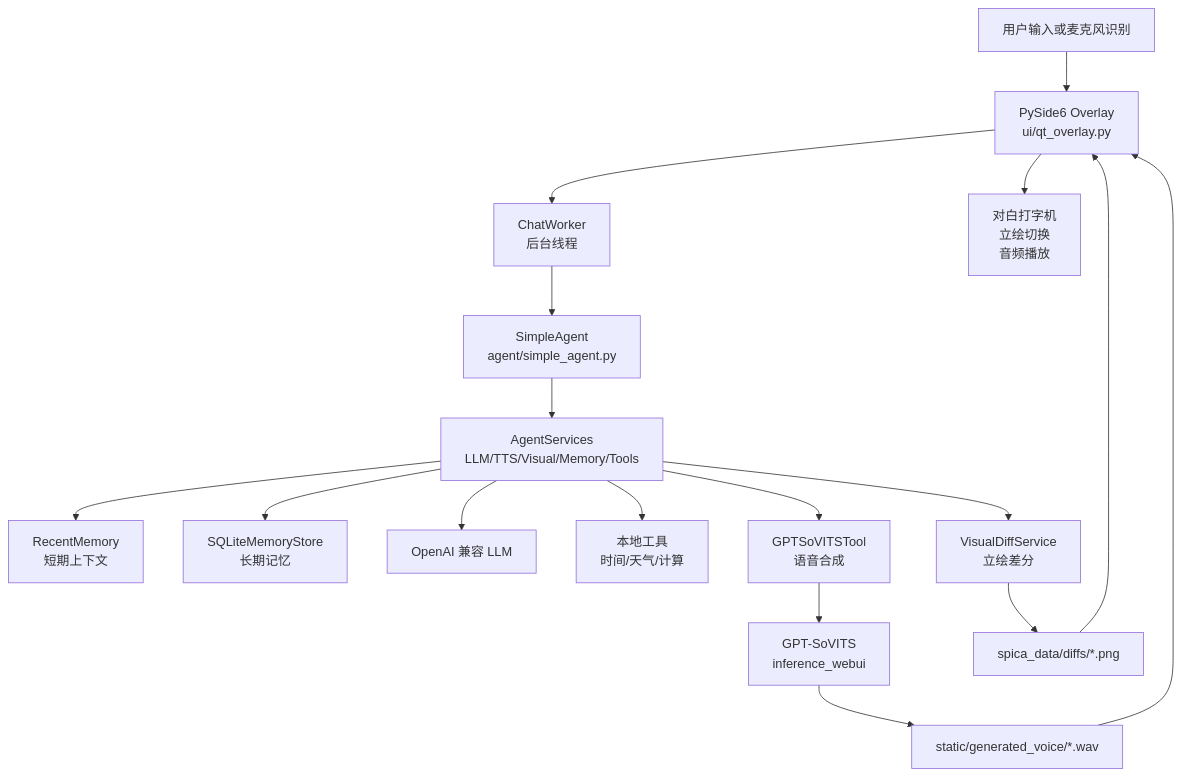
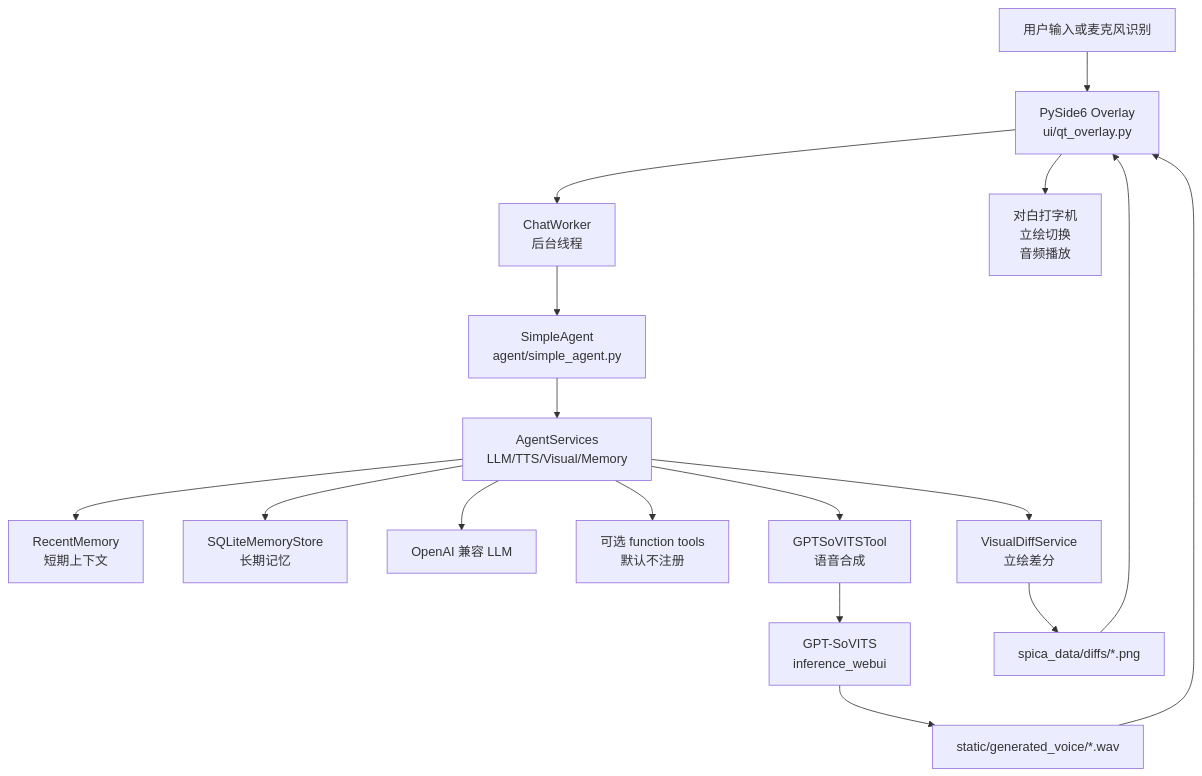
One commit to KASA2AI/Spica-Chatbot_Release changed the first of 5 diagrams in README.md. Above: the diagram before and after it, drawn with Mermaid. The commit also changed other lines of this file and 14 other files, not shown here.

````diff
--- a/README.md
+++ b/README.md
@@ -248,22 +247,22 @@
 ```mermaid
 flowchart TD
     U[用户输入或麦克风识别] --> UI[PySide6 Overlay<br/>ui/qt_overlay.py]
     UI --> CW[ChatWorker<br/>后台线程]
     CW --> AG[SimpleAgent<br/>agent/simple_agent.py]
-    AG --> SVC[AgentServices<br/>LLM/TTS/Visual/Memory/Tools]
+    AG --> SVC[AgentServices<br/>LLM/TTS/Visual/Memory]
 
     SVC --> MEM1[RecentMemory<br/>短期上下文]
     SVC --> MEM2[SQLiteMemoryStore<br/>长期记忆]
     SVC --> LLM[OpenAI 兼容 LLM]
-    SVC --> TOOL[本地工具<br/>时间/天气/计算]
+    SVC --> TOOL[可选 function tools<br/>默认不注册]
     SVC --> VIS[VisualDiffService<br/>立绘差分]
     SVC --> TTS[GPTSoVITSTool<br/>语音合成]
 
     TTS --> GSV[GPT-SoVITS<br/>inference_webui]
     GSV --> WAV[static/generated_voice/*.wav]
     VIS --> IMG[spica_data/diffs/*.png]
 
     WAV --> UI
     IMG --> UI
     UI --> OUT[对白打字机<br/>立绘切换<br/>音频播放]
 ```
````
